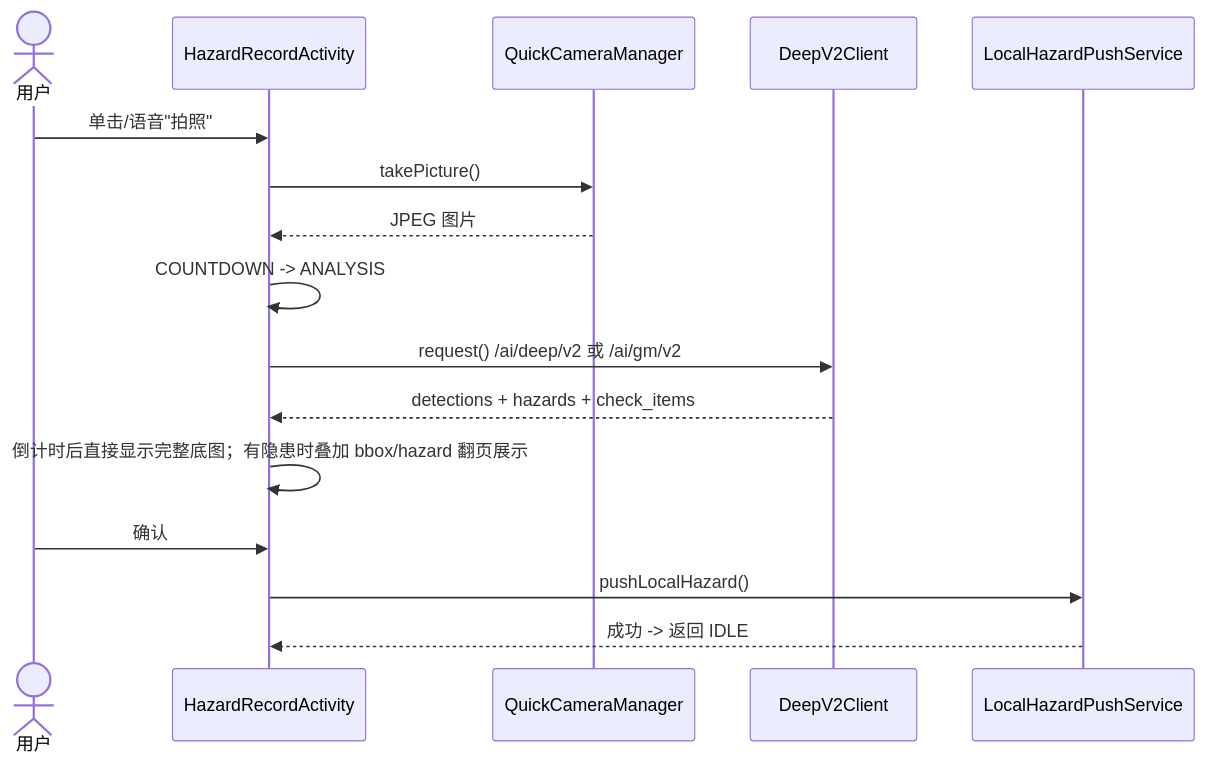
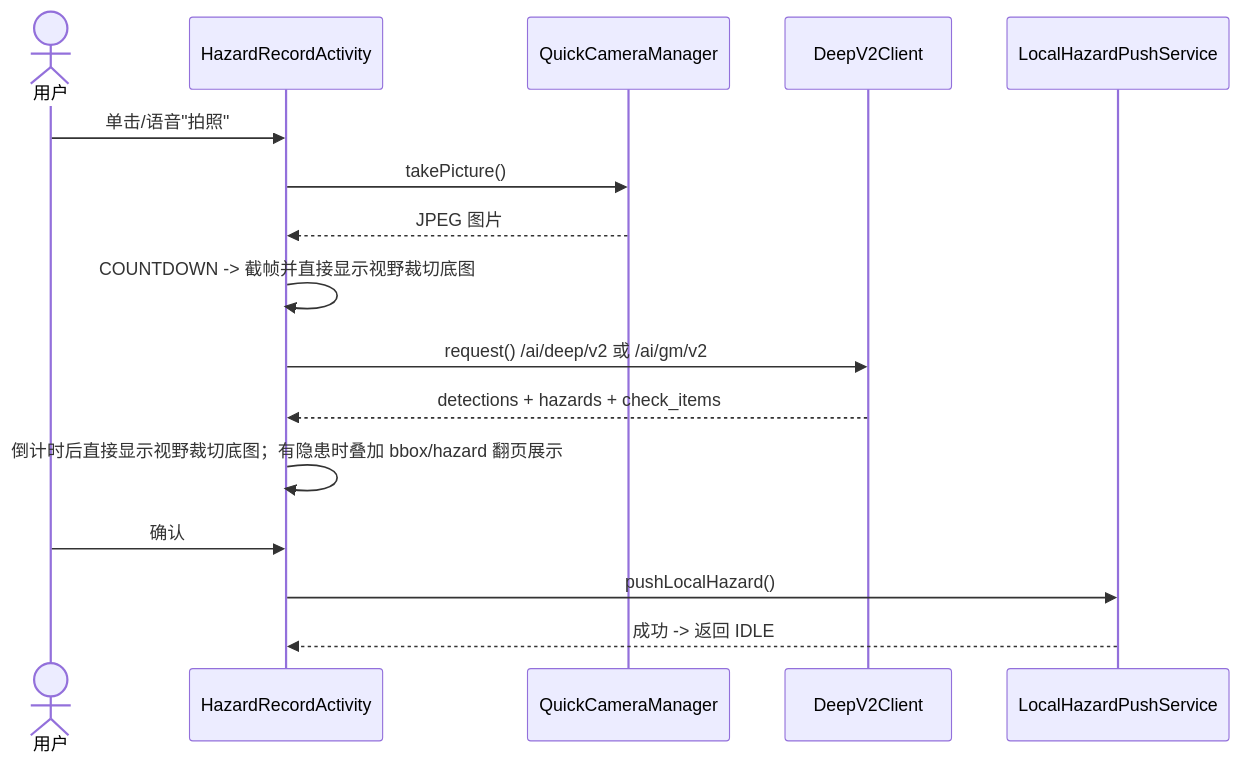
The seventh of 9 diagrams in docs/CODEMAPS.md (WuChaoli/HiddenRiskGlass), drawn with Mermaid before and after one commit. The commit also changed other lines of this file and 6 other files, not shown here.

````diff
--- a/docs/CODEMAPS.md
+++ b/docs/CODEMAPS.md
@@ -277,19 +277,19 @@
 ```mermaid
 sequenceDiagram
     actor User as 用户
     participant HR as HazardRecordActivity
     participant Camera as QuickCameraManager
     participant V2 as DeepV2Client
     participant Push as LocalHazardPushService
 
     User->>HR: 单击/语音"拍照"
     HR->>Camera: takePicture()
     Camera-->>HR: JPEG 图片
-    HR->>HR: COUNTDOWN -> ANALYSIS
+    HR->>HR: COUNTDOWN -> 截帧并直接显示视野裁切底图
     HR->>V2: request() /ai/deep/v2 或 /ai/gm/v2
     V2-->>HR: detections + hazards + check_items
-    HR->>HR: 倒计时后直接显示完整底图；有隐患时叠加 bbox/hazard 翻页展示
+    HR->>HR: 倒计时后直接显示视野裁切底图；有隐患时叠加 bbox/hazard 翻页展示
     User->>HR: 确认
     HR->>Push: pushLocalHazard()
     Push-->>HR: 成功 -> 返回 IDLE
 ```
````
